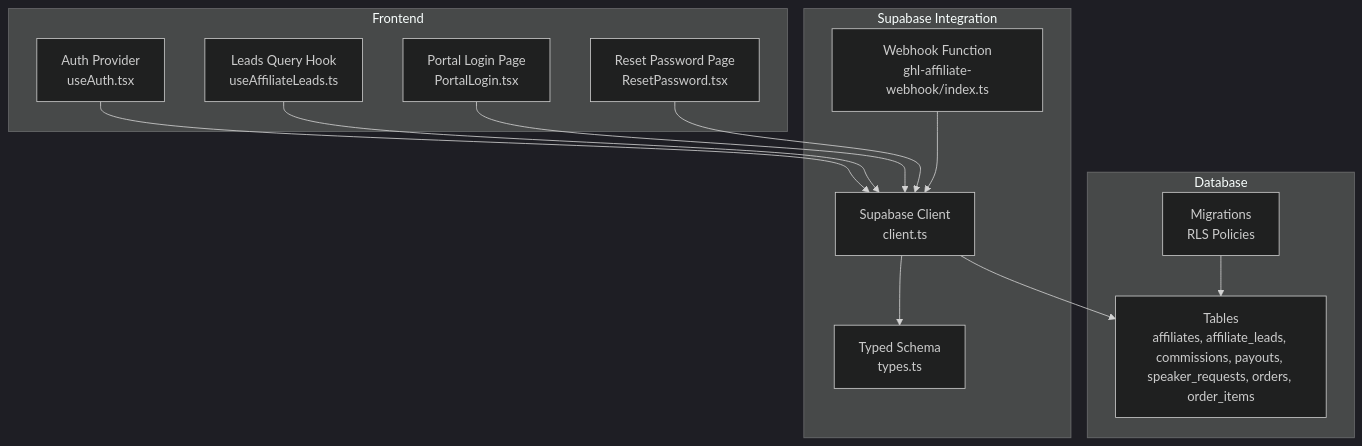
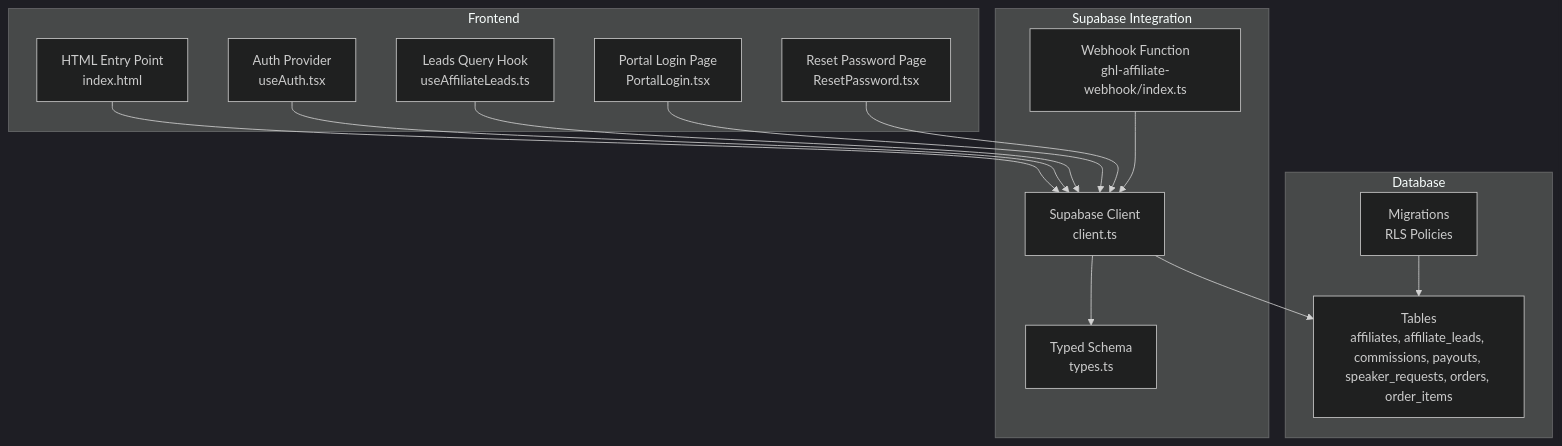
The first of 7 diagrams in .qoder/repowiki/en/content/Data Layer & Supabase Integration.md (Hawky1/ryland), drawn with Mermaid (dark theme) before and after one commit. The commit also changed other lines of this file and 7 other files, not shown here.

````diff
--- a/.qoder/repowiki/en/content/Data Layer & Supabase Integration.md
+++ b/.qoder/repowiki/en/content/Data Layer & Supabase Integration.md
@@ -43,26 +53,28 @@
 ```mermaid
 graph TB
 subgraph "Frontend"
 Auth["Auth Provider<br/>useAuth.tsx"]
 LeadsHook["Leads Query Hook<br/>useAffiliateLeads.ts"]
 LoginPage["Portal Login Page<br/>PortalLogin.tsx"]
 ResetPage["Reset Password Page<br/>ResetPassword.tsx"]
+HTML["HTML Entry Point<br/>index.html"]
 end
 subgraph "Supabase Integration"
 Client["Supabase Client<br/>client.ts"]
 Types["Typed Schema<br/>types.ts"]
 Func["Webhook Function<br/>ghl-affiliate-webhook/index.ts"]
 end
 subgraph "Database"
 Migs["Migrations<br/>RLS Policies"]
 Tables["Tables<br/>affiliates, affiliate_leads, commissions, payouts, speaker_requests, orders, order_items"]
 end
+HTML --> Client
 Auth --> Client
 LeadsHook --> Client
 LoginPage --> Client
 ResetPage --> Client
 Client --> Types
 Func --> Client
 Client --> Tables
 Migs --> Tables
 ```
````
